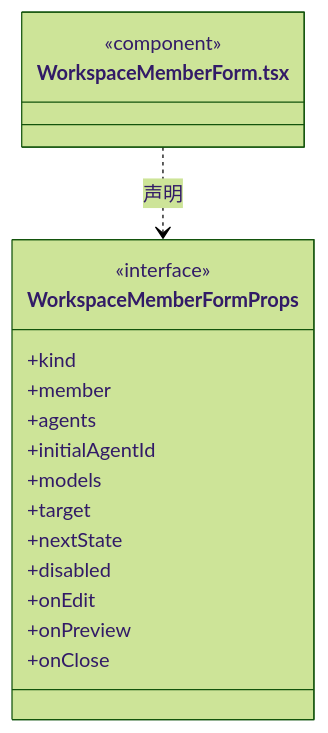
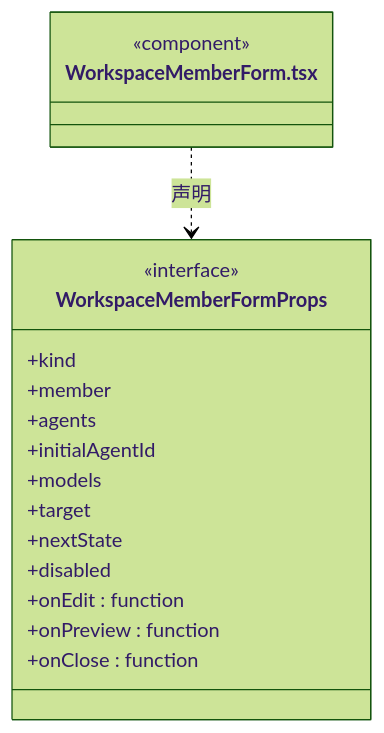
One commit to nan023062/cbim changed diagram 23 of 29 in src/view/team/ARCHITECTURE.md. Above: the diagram before and after it, drawn with Mermaid (forest theme). The commit also changed other lines of this file and 137 other files, not shown here.

Commit message:
fix: align architecture generator with documentation standards

````diff
--- a/src/view/team/ARCHITECTURE.md
+++ b/src/view/team/ARCHITECTURE.md
@@ -525,21 +553,21 @@
 ```mermaid
 classDiagram
 class N_src_view_team_WorkspaceMemberForm_tsx["WorkspaceMemberForm.tsx"] {
   <<component>>
 }
 class N_src_view_team_WorkspaceMemberForm_tsx_WorkspaceMemberFormProps["WorkspaceMemberFormProps"] {
   <<interface>>
   +kind
   +member
   +agents
   +initialAgentId
   +models
   +target
   +nextState
   +disabled
-  +onEdit
-  +onPreview
-  +onClose
+  +onEdit : function
+  +onPreview : function
+  +onClose : function
 }
 N_src_view_team_WorkspaceMemberForm_tsx ..> N_src_view_team_WorkspaceMemberForm_tsx_WorkspaceMemberFormProps : 声明
 ```
````
